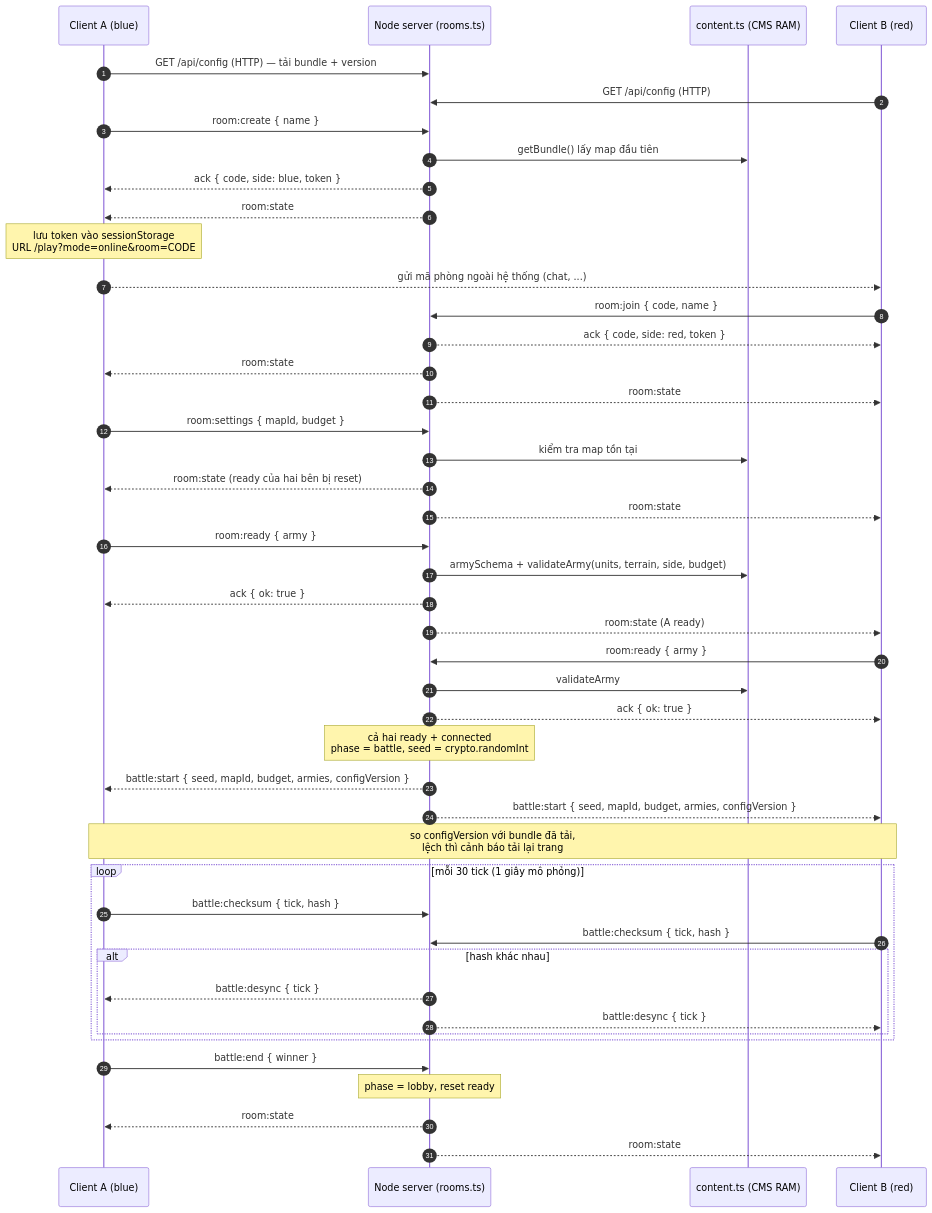
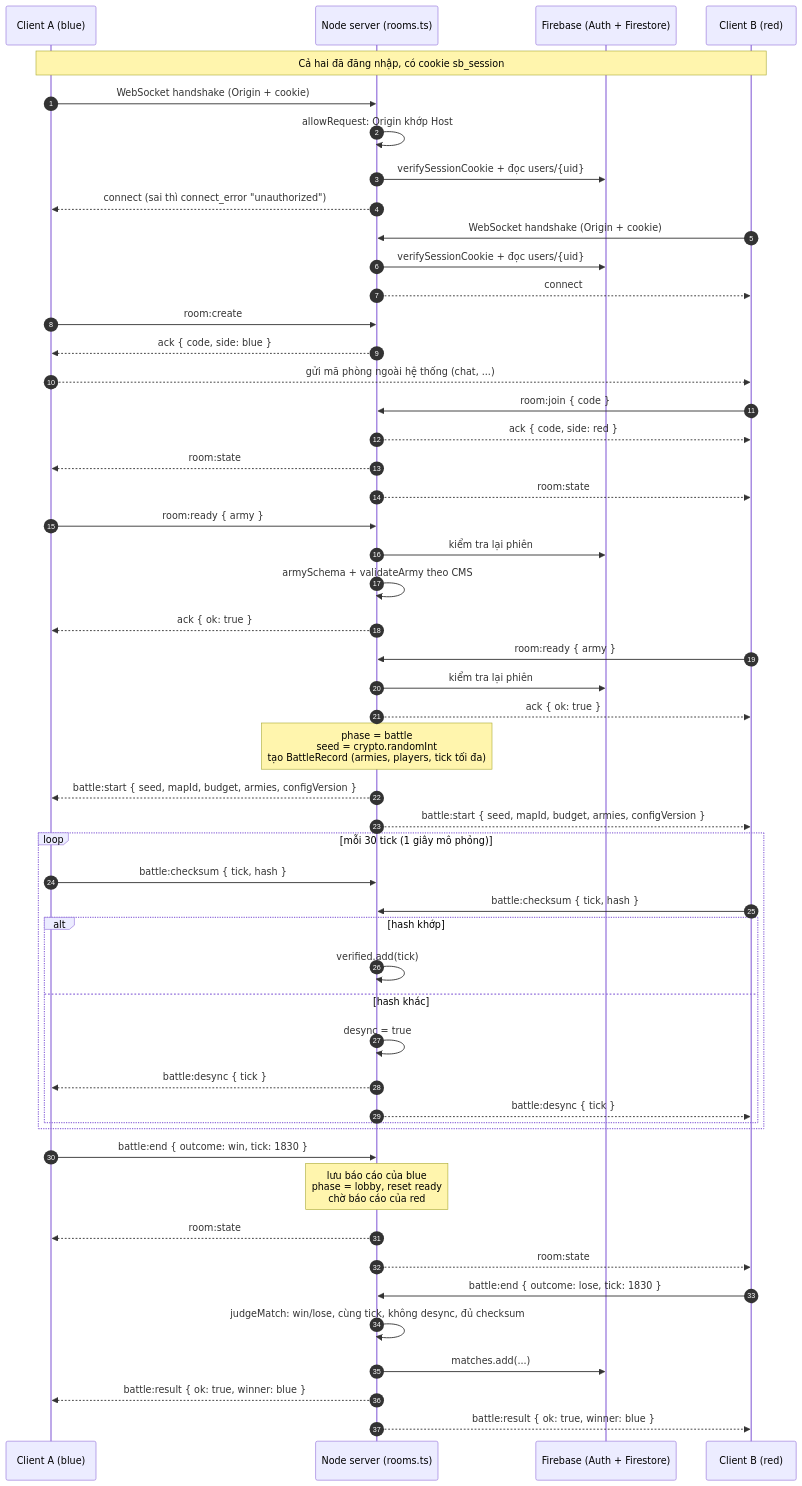
The fourth of 10 diagrams in docs/ARCHITECTURE.md (lualua0909/simulator-battle-webgame), drawn with Mermaid before and after one commit. The commit also changed other lines of this file and 11 other files, not shown here.

````diff
--- a/docs/ARCHITECTURE.md
+++ b/docs/ARCHITECTURE.md
@@ -204,55 +214,58 @@
 ```mermaid
 sequenceDiagram
   autonumber
   participant A as Client A (blue)
   participant S as Node server (rooms.ts)
-  participant C as content.ts (CMS RAM)
+  participant F as Firebase (Auth + Firestore)
   participant B as Client B (red)
 
-  A->>S: GET /api/config (HTTP) — tải bundle + version
-  B->>S: GET /api/config (HTTP)
+  Note over A,B: Cả hai đã đăng nhập, có cookie sb_session
+  A->>S: WebSocket handshake (Origin + cookie)
+  S->>S: allowRequest: Origin khớp Host
+  S->>F: verifySessionCookie + đọc users/{uid}
+  S-->>A: connect (sai thì connect_error "unauthorized")
+  B->>S: WebSocket handshake (Origin + cookie)
+  S->>F: verifySessionCookie + đọc users/{uid}
+  S-->>B: connect
 
-  A->>S: room:create { name }
-  S->>C: getBundle() lấy map đầu tiên
-  S-->>A: ack { code, side: blue, token }
-  S-->>A: room:state
-  Note over A: lưu token vào sessionStorage<br/>URL /play?mode=online&room=CODE
-
+  A->>S: room:create
+  S-->>A: ack { code, side: blue }
   A-->>B: gửi mã phòng ngoài hệ thống (chat, ...)
-  B->>S: room:join { code, name }
-  S-->>B: ack { code, side: red, token }
+  B->>S: room:join { code }
+  S-->>B: ack { code, side: red }
   S-->>A: room:state
   S-->>B: room:state
 
-  A->>S: room:settings { mapId, budget }
-  S->>C: kiểm tra map tồn tại
-  S-->>A: room:state (ready của hai bên bị reset)
-  S-->>B: room:state
-
   A->>S: room:ready { army }
-  S->>C: armySchema + validateArmy(units, terrain, side, budget)
+  S->>F: kiểm tra lại phiên
+  S->>S: armySchema + validateArmy theo CMS
   S-->>A: ack { ok: true }
-  S-->>B: room:state (A ready)
-
   B->>S: room:ready { army }
-  S->>C: validateArmy
+  S->>F: kiểm tra lại phiên
   S-->>B: ack { ok: true }
-  Note over S: cả hai ready + connected<br/>phase = battle, seed = crypto.randomInt
+  Note over S: phase = battle<br/>seed = crypto.randomInt<br/>tạo BattleRecord (armies, players, tick tối đa)
   S-->>A: battle:start { seed, mapId, budget, armies, configVersion }
   S-->>B: battle:start { seed, mapId, budget, armies, configVersion }
-  Note over A,B: so configVersion với bundle đã tải,<br/>lệch thì cảnh báo tải lại trang
 
   loop mỗi 30 tick (1 giây mô phỏng)
     A->>S: battle:checksum { tick, hash }
     B->>S: battle:checksum { tick, hash }
-    alt hash khác nhau
+    alt hash khớp
+      S->>S: verified.add(tick)
+    else hash khác
+      S->>S: desync = true
       S-->>A: battle:desync { tick }
       S-->>B: battle:desync { tick }
     end
   end
 
-  A->>S: battle:end { winner }
-  Note over S: phase = lobby, reset ready
+  A->>S: battle:end { outcome: win, tick: 1830 }
+  Note over S: lưu báo cáo của blue<br/>phase = lobby, reset ready<br/>chờ báo cáo của red
   S-->>A: room:state
   S-->>B: room:state
+  B->>S: battle:end { outcome: lose, tick: 1830 }
+  S->>S: judgeMatch: win/lose, cùng tick, không desync, đủ checksum
+  S->>F: matches.add(...)
+  S-->>A: battle:result { ok: true, winner: blue }
+  S-->>B: battle:result { ok: true, winner: blue }
 ```
````
